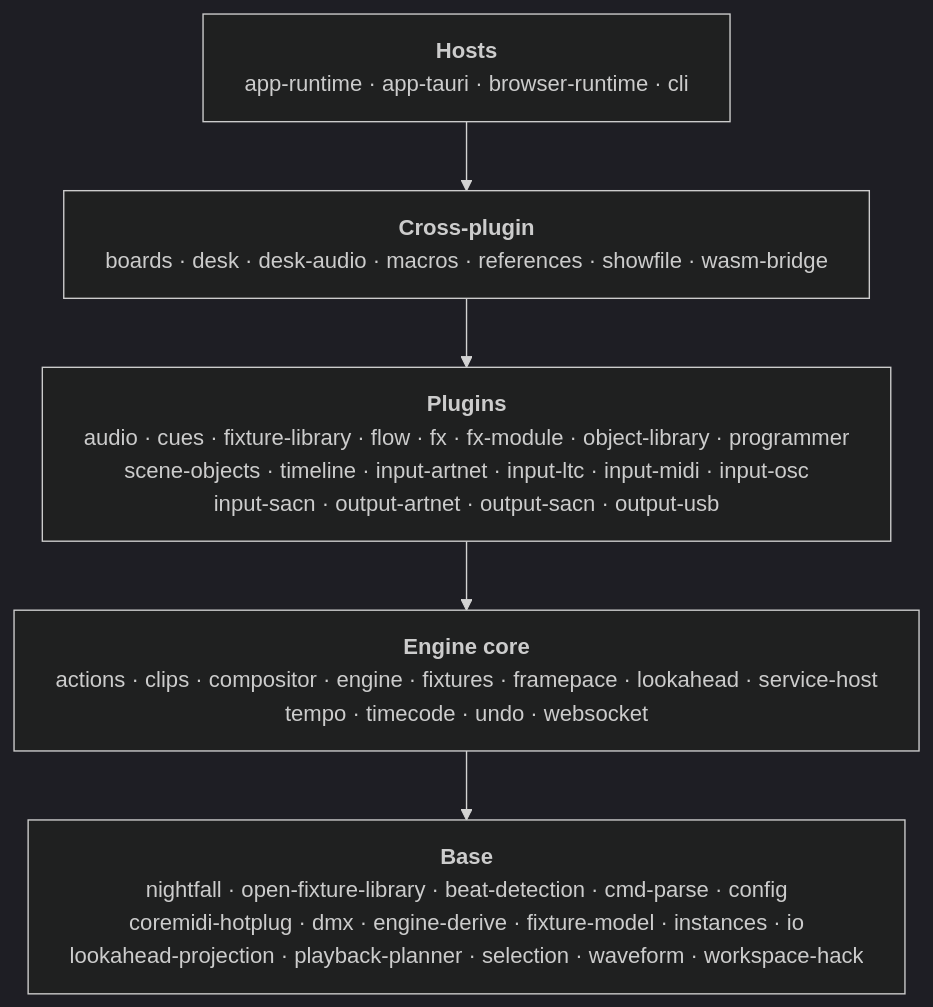
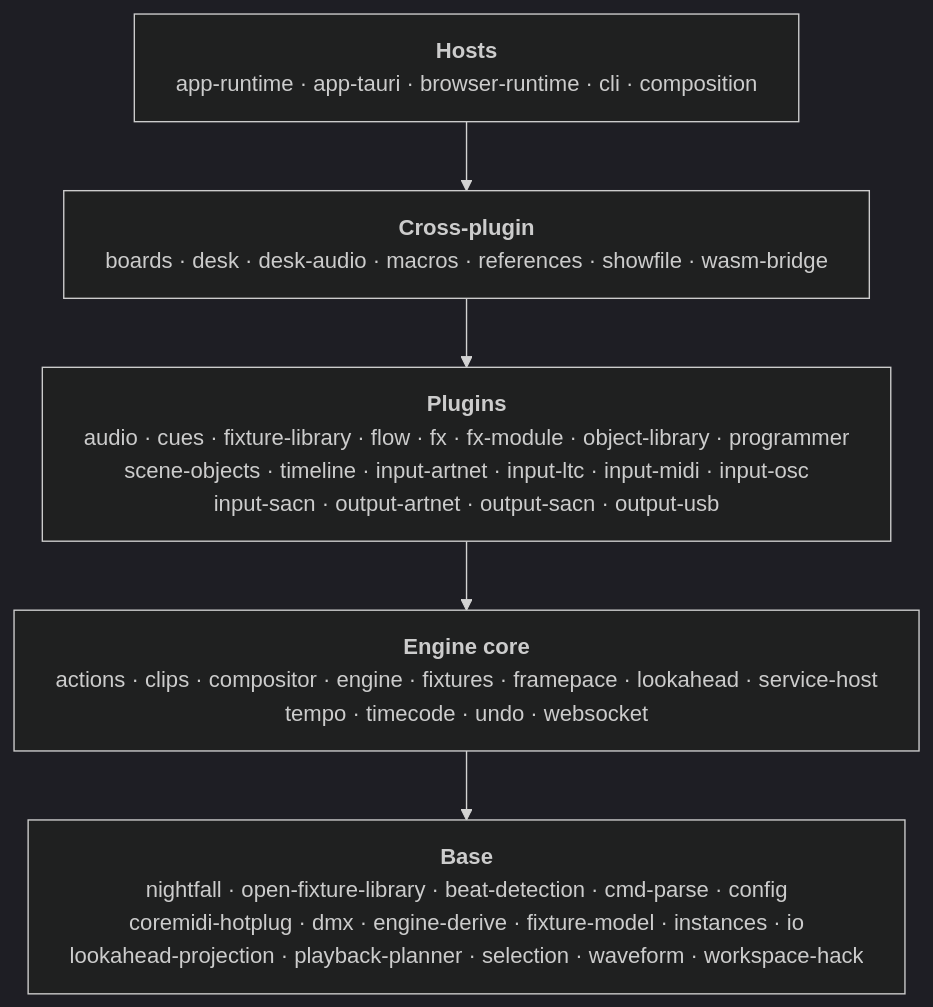
The diagram in docs/internal/src/architecture/crate-map.md (stewartadam/nightfall-lightdesk), drawn with Mermaid (dark theme) before and after one commit. The commit also changed other lines of this file and 11 other files, not shown here.

First line of the commit message:
refactor(engine:composition): share domain plugin groups between hosts (#428)

````diff
--- a/docs/internal/src/architecture/crate-map.md
+++ b/docs/internal/src/architecture/crate-map.md
@@ -13,16 +13,16 @@
 ```mermaid
 ---
 config:
   flowchart:
     wrappingWidth: 600
 ---
 flowchart TB
   accTitle: Crate layers, their crates, and allowed dependencies
   accDescr: Five layers from hosts down to base, each listing its crates. Each layer may depend on any layer below it. Plugin crates may not depend on other plugin crates.
-  hosts["<b>Hosts</b><br/>app-runtime · app-tauri · browser-runtime · cli"]
+  hosts["<b>Hosts</b><br/>app-runtime · app-tauri · browser-runtime · cli · composition"]
   crossPlugin["<b>Cross-plugin</b><br/>boards · desk · desk-audio · macros · references · showfile · wasm-bridge"]
   plugins["<b>Plugins</b><br/>audio · cues · fixture-library · flow · fx · fx-module · object-library · programmer <br/> scene-objects · timeline · input-artnet · input-ltc · input-midi · input-osc <br /> input-sacn · output-artnet · output-sacn · output-usb"]
   engineCore["<b>Engine core</b><br/>actions · clips · compositor · engine · fixtures · framepace · lookahead · service-host <br /> tempo · timecode · undo · websocket"]
   base["<b>Base</b><br/>nightfall · open-fixture-library · beat-detection · cmd-parse · config <br /> coremidi-hotplug · dmx · engine-derive · fixture-model · instances · io <br /> lookahead-projection · playback-planner · selection · waveform · workspace-hack"]
   hosts --> crossPlugin --> plugins --> engineCore --> base
 ```
````
